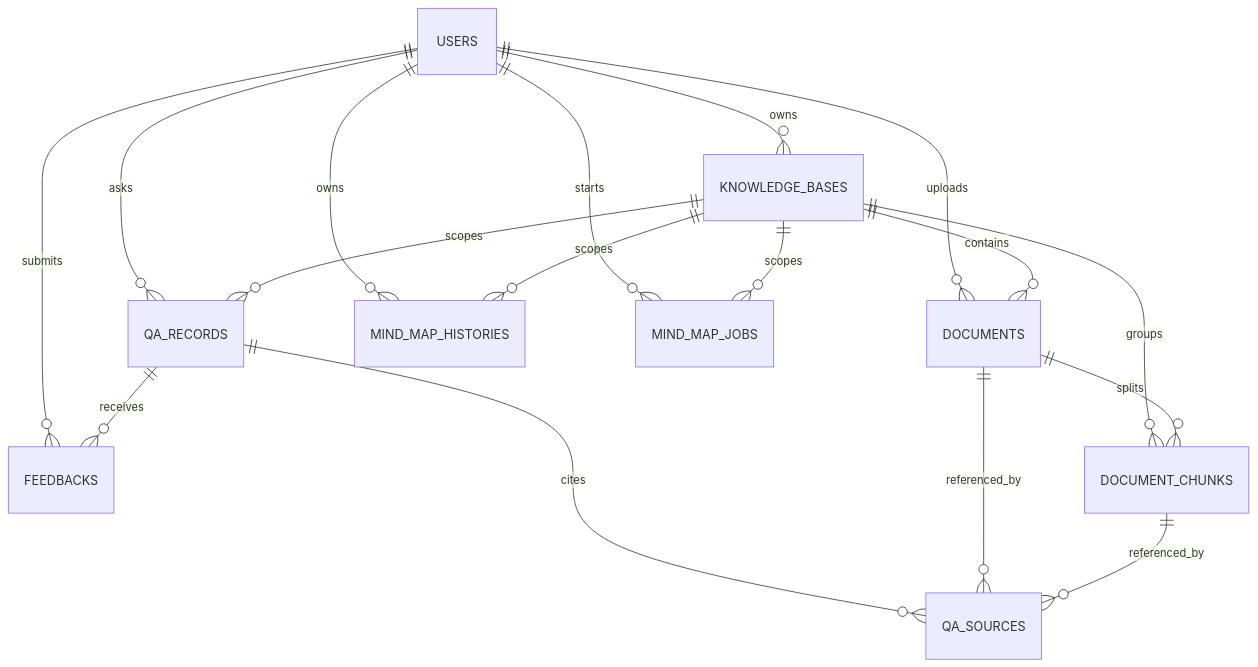
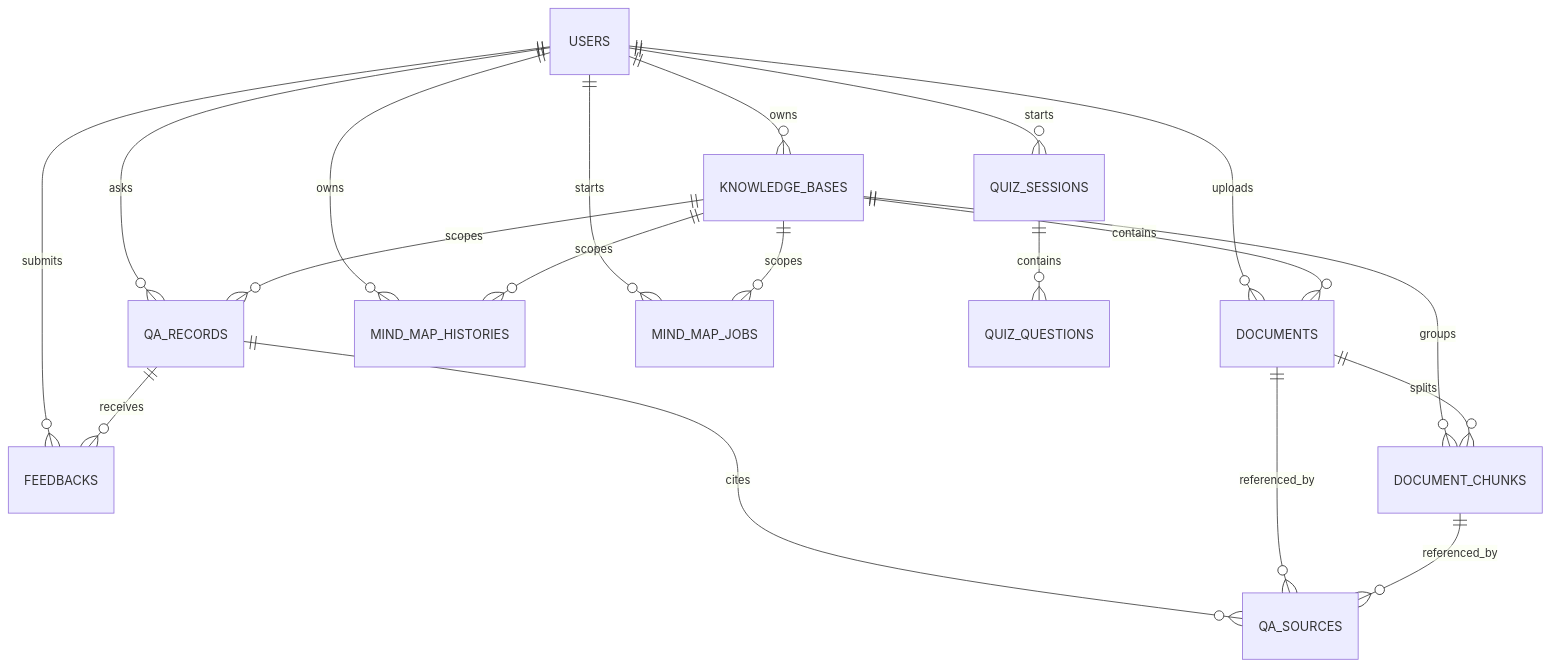
Before and after one commit to Star23666/CodeMind: the sixth of 6 diagrams in docs/wiki/Home.md, drawn with Mermaid. The commit also changed other lines of this file and 23 other files, not shown here.

````diff
--- a/docs/wiki/Home.md
+++ b/docs/wiki/Home.md
@@ -293,19 +333,21 @@
 ```mermaid
 erDiagram
     USERS ||--o{ KNOWLEDGE_BASES : owns
     USERS ||--o{ DOCUMENTS : uploads
     USERS ||--o{ QA_RECORDS : asks
     USERS ||--o{ FEEDBACKS : submits
     KNOWLEDGE_BASES ||--o{ DOCUMENTS : contains
     KNOWLEDGE_BASES ||--o{ DOCUMENT_CHUNKS : groups
     KNOWLEDGE_BASES ||--o{ QA_RECORDS : scopes
     DOCUMENTS ||--o{ DOCUMENT_CHUNKS : splits
     QA_RECORDS ||--o{ QA_SOURCES : cites
     QA_RECORDS ||--o{ FEEDBACKS : receives
     DOCUMENTS ||--o{ QA_SOURCES : referenced_by
     DOCUMENT_CHUNKS ||--o{ QA_SOURCES : referenced_by
     USERS ||--o{ MIND_MAP_HISTORIES : owns
     USERS ||--o{ MIND_MAP_JOBS : starts
     KNOWLEDGE_BASES ||--o{ MIND_MAP_HISTORIES : scopes
     KNOWLEDGE_BASES ||--o{ MIND_MAP_JOBS : scopes
+    USERS ||--o{ QUIZ_SESSIONS : starts
+    QUIZ_SESSIONS ||--o{ QUIZ_QUESTIONS : contains
 ```
````
